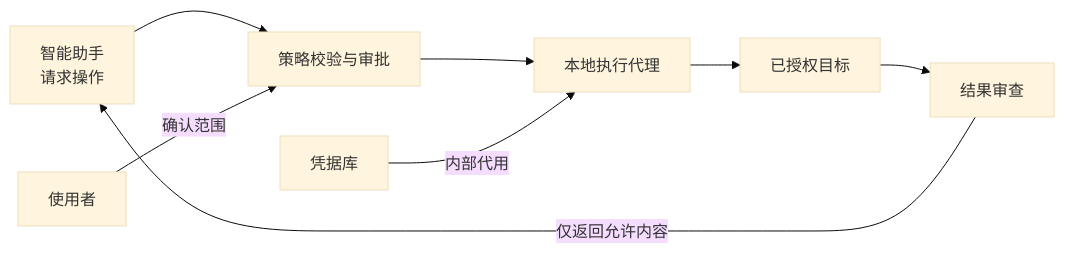
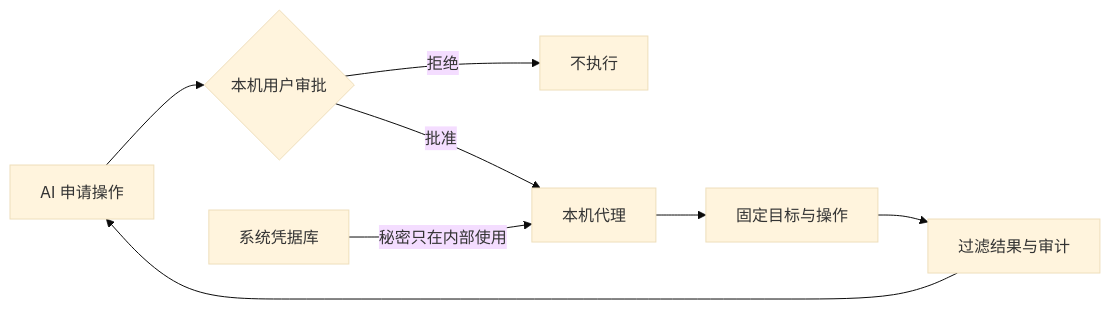
Before and after one commit to qq940500529/secretbridge: the diagram in README.zh-CN.md, drawn with Mermaid (base theme). The commit also changed other lines of this file and 105 other files, not shown here.

````diff
--- a/README.zh-CN.md
+++ b/README.zh-CN.md
@@ -49,10 +22,10 @@
 ```mermaid
 flowchart LR
-    A["智能助手<br/>请求操作"] --> B["策略校验与审批"]
-    U["使用者"] -->|"确认范围"| B
-    B --> C["本地执行代理"]
-    K["凭据库"] -->|"内部代用"| C
-    C --> D["已授权目标"]
-    D --> E["结果审查"]
-    E -->|"仅返回允许内容"| A
+    A["AI 申请操作"] --> B{"本机用户审批"}
+    B -->|拒绝| X["不执行"]
+    B -->|批准| C["本机代理"]
+    K["系统凭据库"] -->|秘密只在内部使用| C
+    C --> D["固定目标与操作"]
+    D --> E["过滤结果与审计"]
+    E --> A
 ```
````
